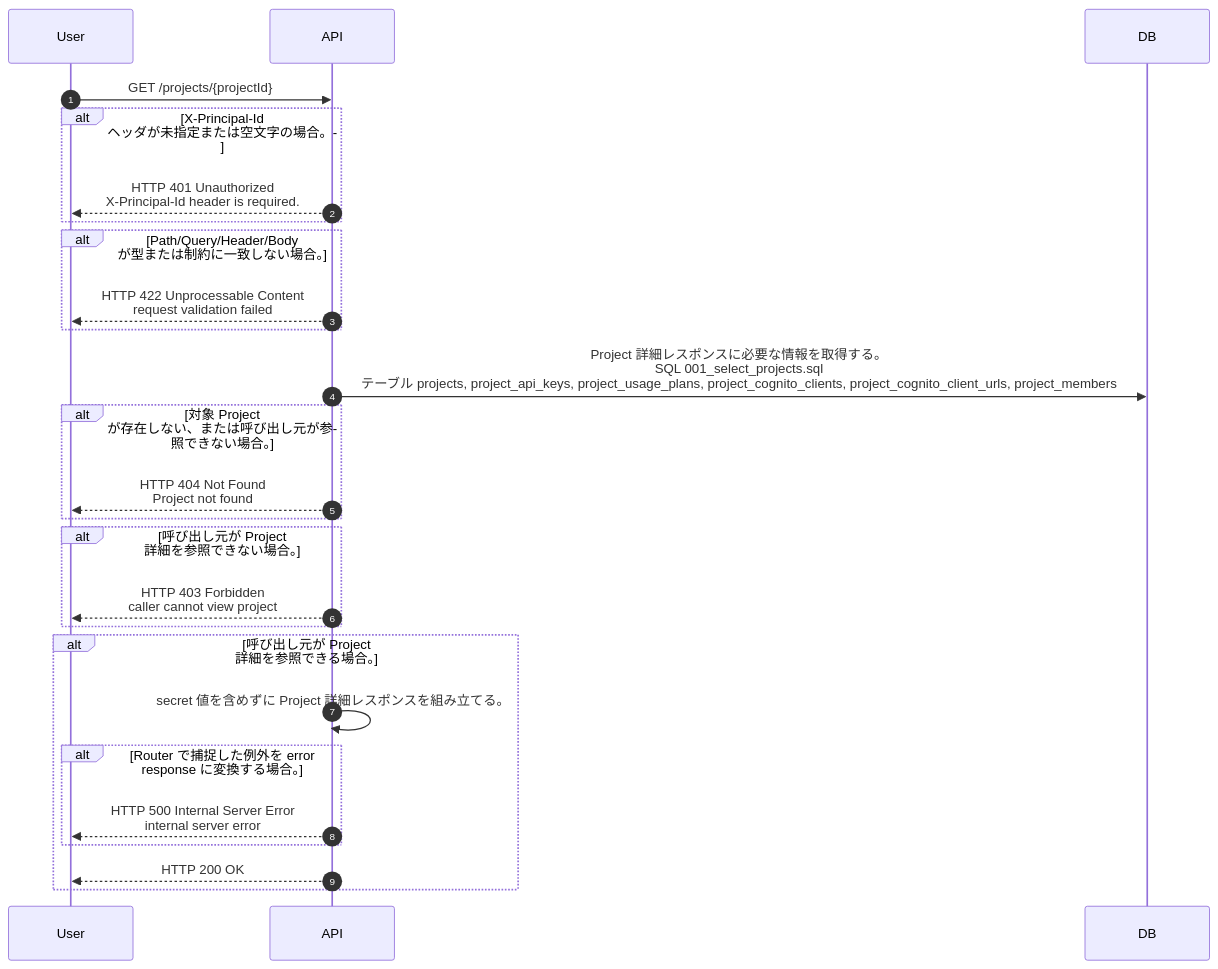
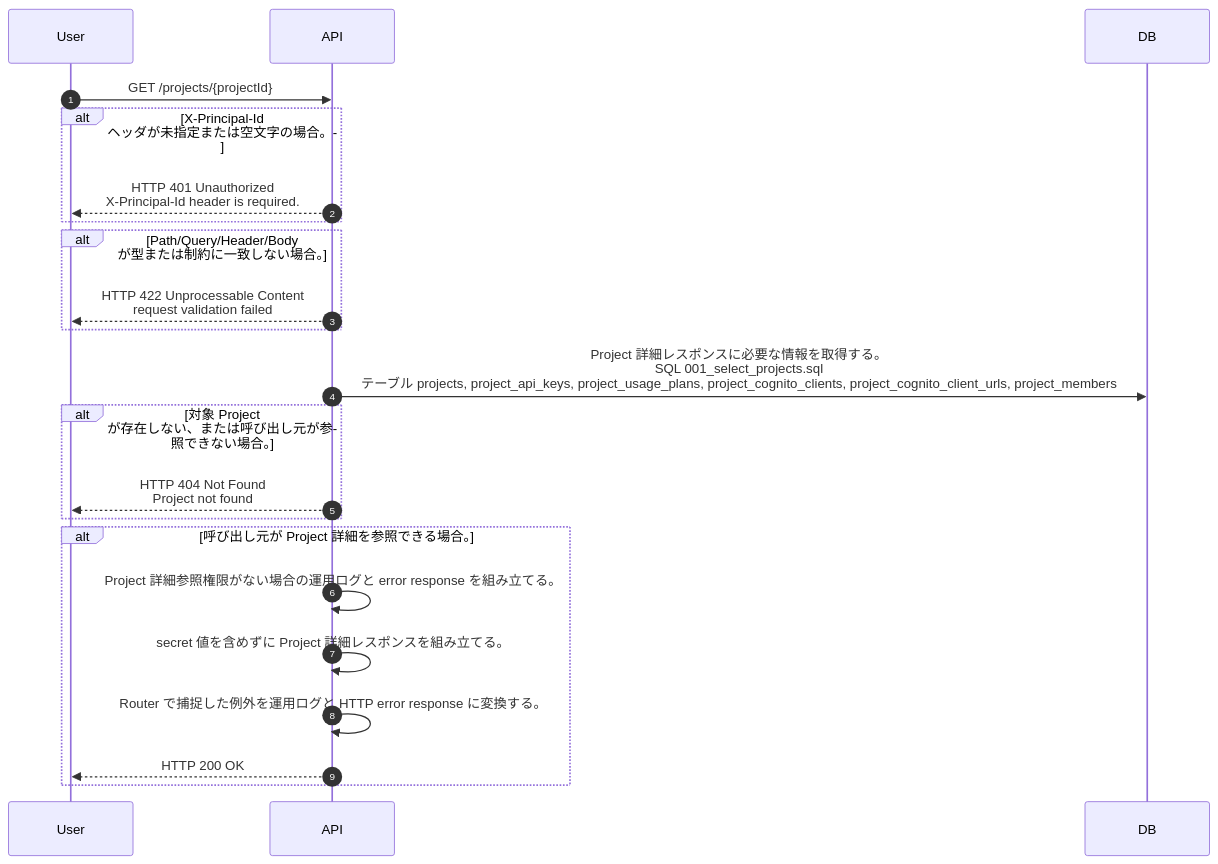
One commit to tsuji-tomonori/lazunex changed the diagram in docs/spec/40.apis/projects/get_project/sequence_gen.md. Above: the diagram before and after it, drawn with Mermaid. The commit also changed 107 other files, not shown here.

````diff
--- a/docs/spec/40.apis/projects/get_project/sequence_gen.md
+++ b/docs/spec/40.apis/projects/get_project/sequence_gen.md
@@ -5,28 +5,24 @@
 ```mermaid
 sequenceDiagram
   autonumber
   participant User as User
   participant API as API
   participant DB as DB
   User->>API: GET /projects/{projectId}
   alt X-Principal-Id ヘッダが未指定または空文字の場合。
     API-->>User: HTTP 401 Unauthorized<br/>X-Principal-Id header is required.
   end
   alt Path/Query/Header/Body が型または制約に一致しない場合。
     API-->>User: HTTP 422 Unprocessable Content<br/>request validation failed
   end
   API->>DB: Project 詳細レスポンスに必要な情報を取得する。<br/>SQL 001_select_projects.sql<br/>テーブル projects, project_api_keys, project_usage_plans, project_cognito_clients, project_cognito_client_urls, project_members
   alt 対象 Project が存在しない、または呼び出し元が参照できない場合。
     API-->>User: HTTP 404 Not Found<br/>Project not found
   end
-  alt 呼び出し元が Project 詳細を参照できない場合。
-    API-->>User: HTTP 403 Forbidden<br/>caller cannot view project
-  end
   alt 呼び出し元が Project 詳細を参照できる場合。
+    API->>API: Project 詳細参照権限がない場合の運用ログと error response を組み立てる。
     API->>API: secret 値を含めずに Project 詳細レスポンスを組み立てる。
-    alt Router で捕捉した例外を error response に変換する場合。
-      API-->>User: HTTP 500 Internal Server Error<br/>internal server error
-    end
+    API->>API: Router で捕捉した例外を運用ログと HTTP error response に変換する。
     API-->>User: HTTP 200 OK
   end
 ```
````
